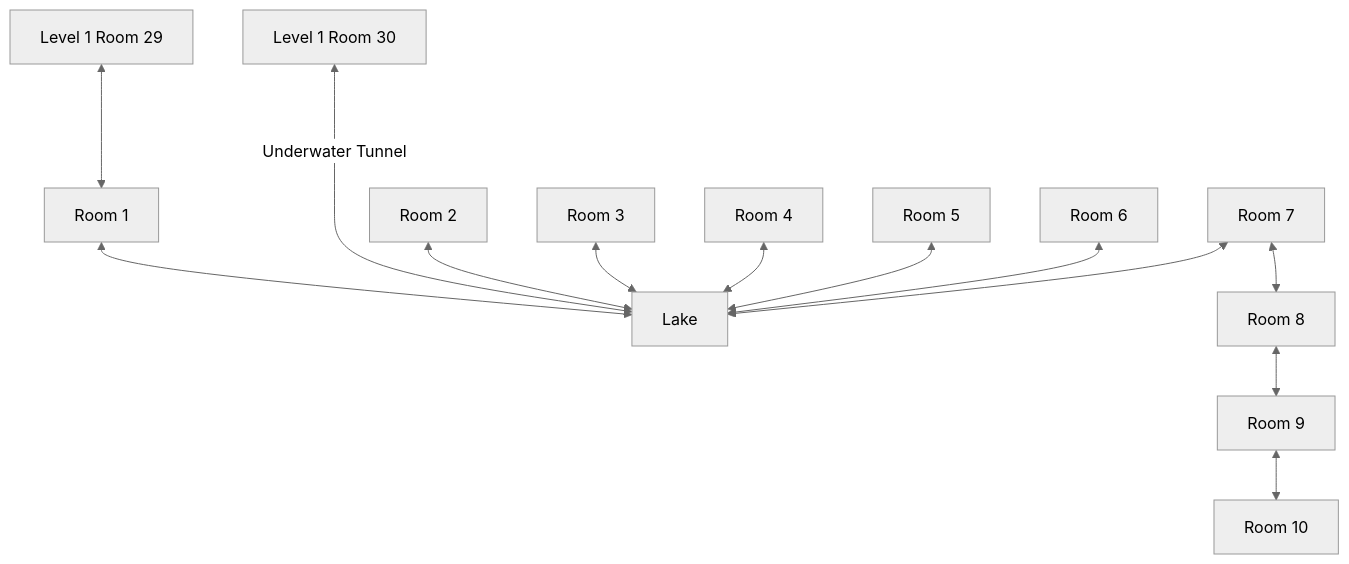
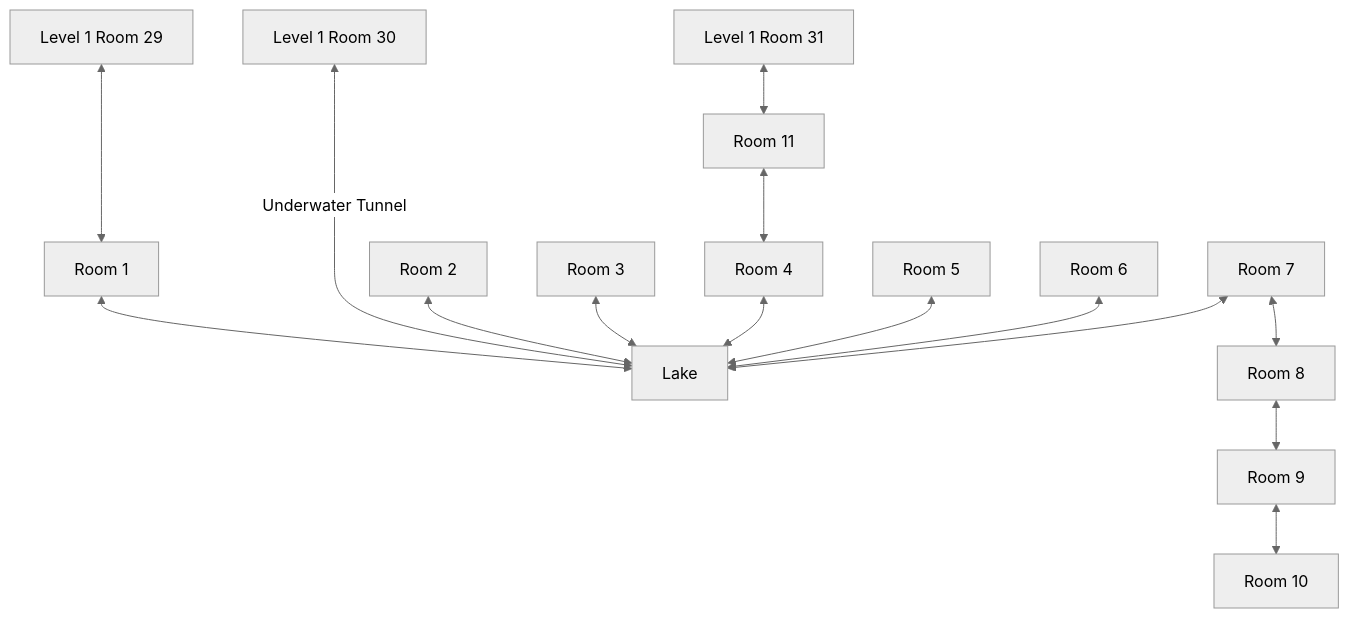
One commit to SlothBorg/Dungeon23 changed the diagram in Dungeon/Level_02/README.md. Above: the diagram before and after it, drawn with Mermaid (neutral theme). The commit also changed 5 other files, not shown here.

````diff
--- a/Dungeon/Level_02/README.md
+++ b/Dungeon/Level_02/README.md
@@ -3,16 +3,17 @@
 ```mermaid
 flowchart TD
     A29[Level 1 Room 29] <---> B1[Room 1]
     B1 <--> La[Lake]
     A30[Level 1 Room 30] <-- Underwater Tunnel ----> La
     B2[Room 2] <--> La
     B3[Room 3] <--> La
     B4[Room 4] <--> La
     B5[Room 5] <--> La
     B6[Room 6] <--> La
     B7[Room 7] <--> La
     B7 <--> B8[Room 8]
     B8 <--> B9[Room 9]
     B9 <--> B10[Room 10]
-
+    A31[Level 1 Room 31] <--> B11[Room 11] <--> B4
+    
 ```
````
